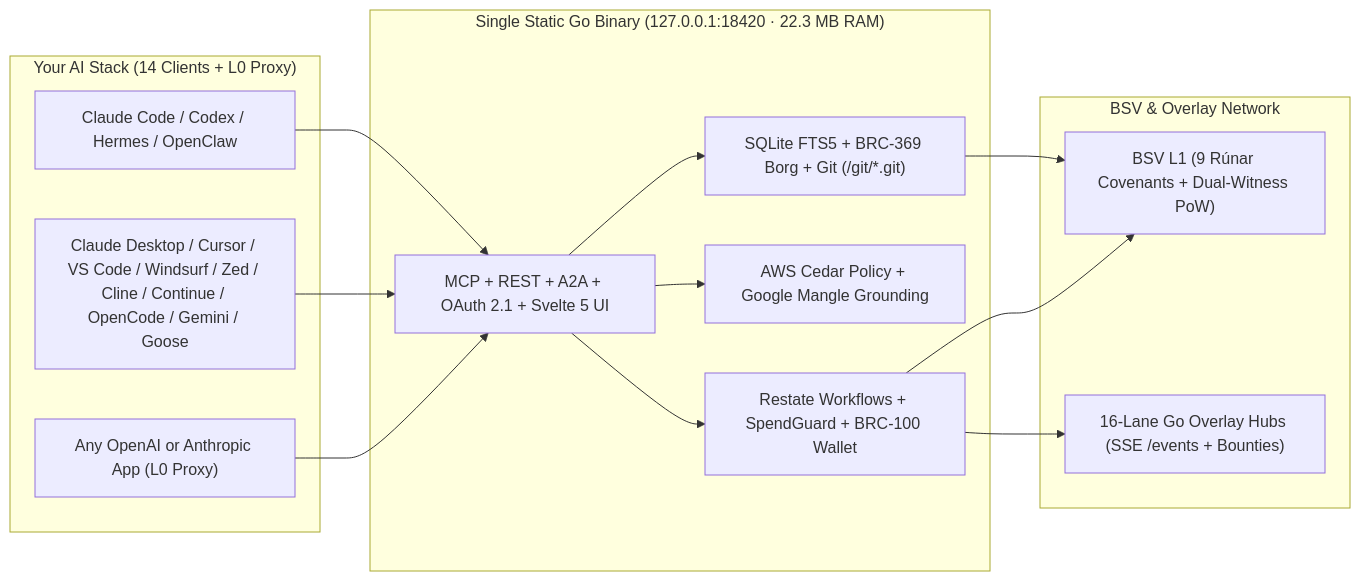
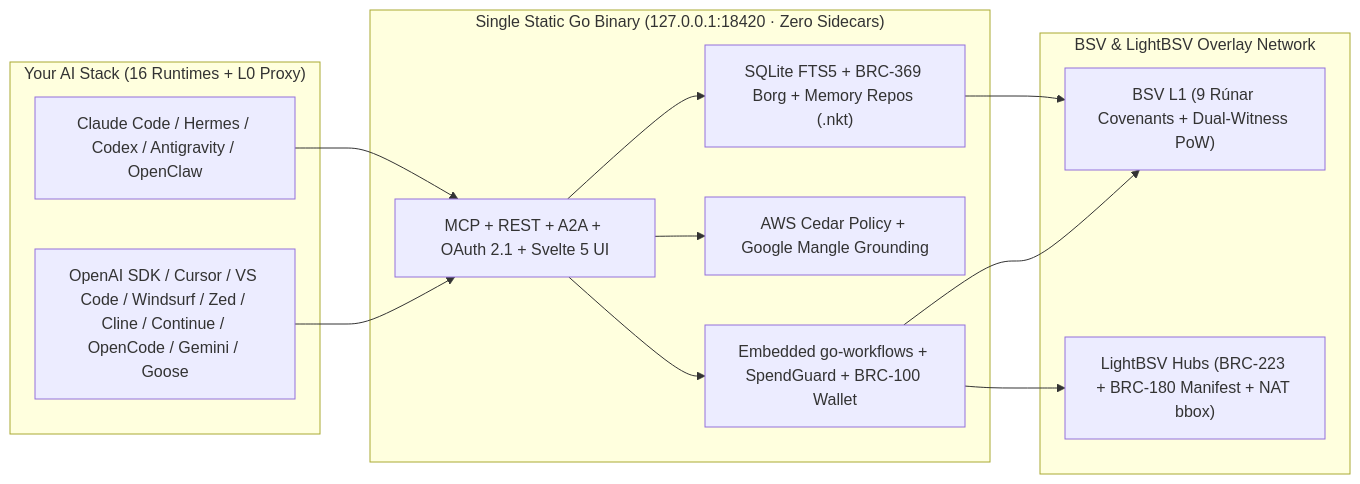
Before and after one commit to kryptokrates/nektar: the diagram in README.md, drawn with Mermaid. The commit also changed other lines of this file and 328 other files, not shown here.

Commit message:
feat: LightBSV native plumbing, zero-config onboarding & 1-call capsule market

````diff
--- a/README.md
+++ b/README.md
@@ -62,27 +62,26 @@
 ```mermaid
 flowchart LR
-  subgraph Agents["Your AI Stack (14 Clients + L0 Proxy)"]
-    A1["Claude Code / Codex / Hermes / OpenClaw"]
-    A2["Claude Desktop / Cursor / VS Code / Windsurf / Zed / Cline / Continue / OpenCode / Gemini / Goose"]
-    A3["Any OpenAI or Anthropic App (L0 Proxy)"]
+  subgraph Agents["Your AI Stack (16 Runtimes + L0 Proxy)"]
+    A1["Claude Code / Hermes / Codex / Antigravity / OpenClaw"]
+    A2["OpenAI SDK / Cursor / VS Code / Windsurf / Zed / Cline / Continue / OpenCode / Gemini / Goose"]
   end
 
-  subgraph Node["Single Static Go Binary (127.0.0.1:18420 · 22.3 MB RAM)"]
+  subgraph Node["Single Static Go Binary (127.0.0.1:18420 · Zero Sidecars)"]
     API["MCP + REST + A2A + OAuth 2.1 + Svelte 5 UI"]
-    MEM["SQLite FTS5 + BRC-369 Borg + Git (/git/*.git)"]
+    MEM["SQLite FTS5 + BRC-369 Borg + Memory Repos (.nkt)"]
     GOV["AWS Cedar Policy + Google Mangle Grounding"]
-    MKT["Restate Workflows + SpendGuard + BRC-100 Wallet"]
+    MKT["Embedded go-workflows + SpendGuard + BRC-100 Wallet"]
     API --> MEM
     API --> GOV
     API --> MKT
   end
 
-  subgraph Net["BSV & Overlay Network"]
+  subgraph Net["BSV & LightBSV Overlay Network"]
     BSV["BSV L1 (9 Rúnar Covenants + Dual-Witness PoW)"]
-    HUB["16-Lane Go Overlay Hubs (SSE /events + Bounties)"]
+    HUB["LightBSV Hubs (BRC-223 + BRC-180 Manifest + NAT bbox)"]
   end
 
-  A1 & A2 & A3 --> API
+  A1 & A2 --> API
   MEM & MKT --> BSV
   MKT --> HUB
 ```
````
